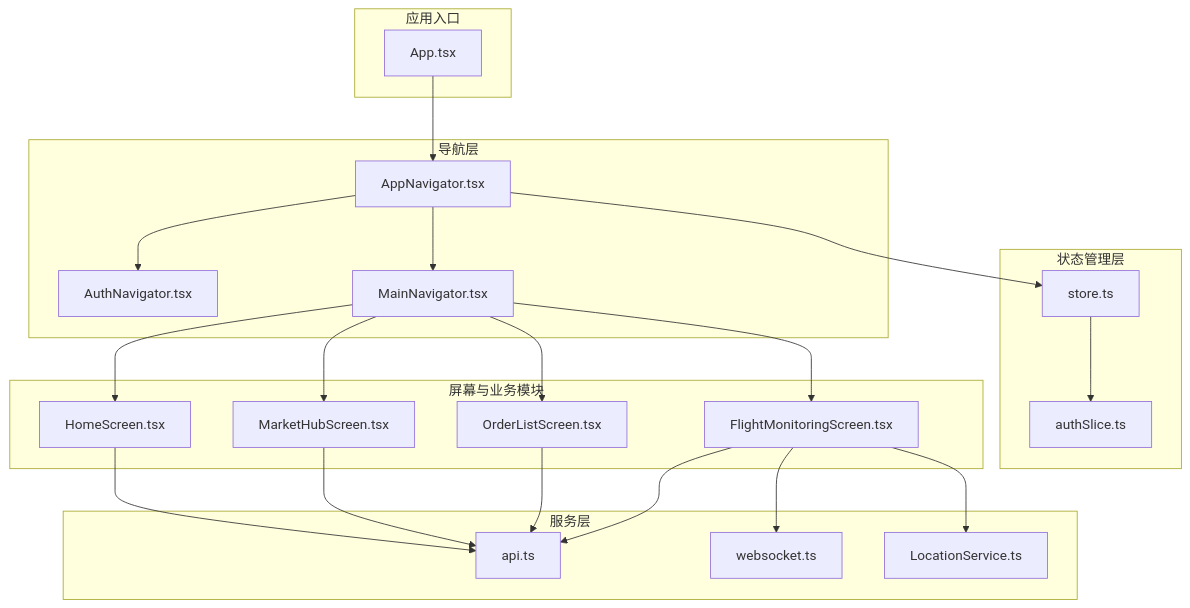
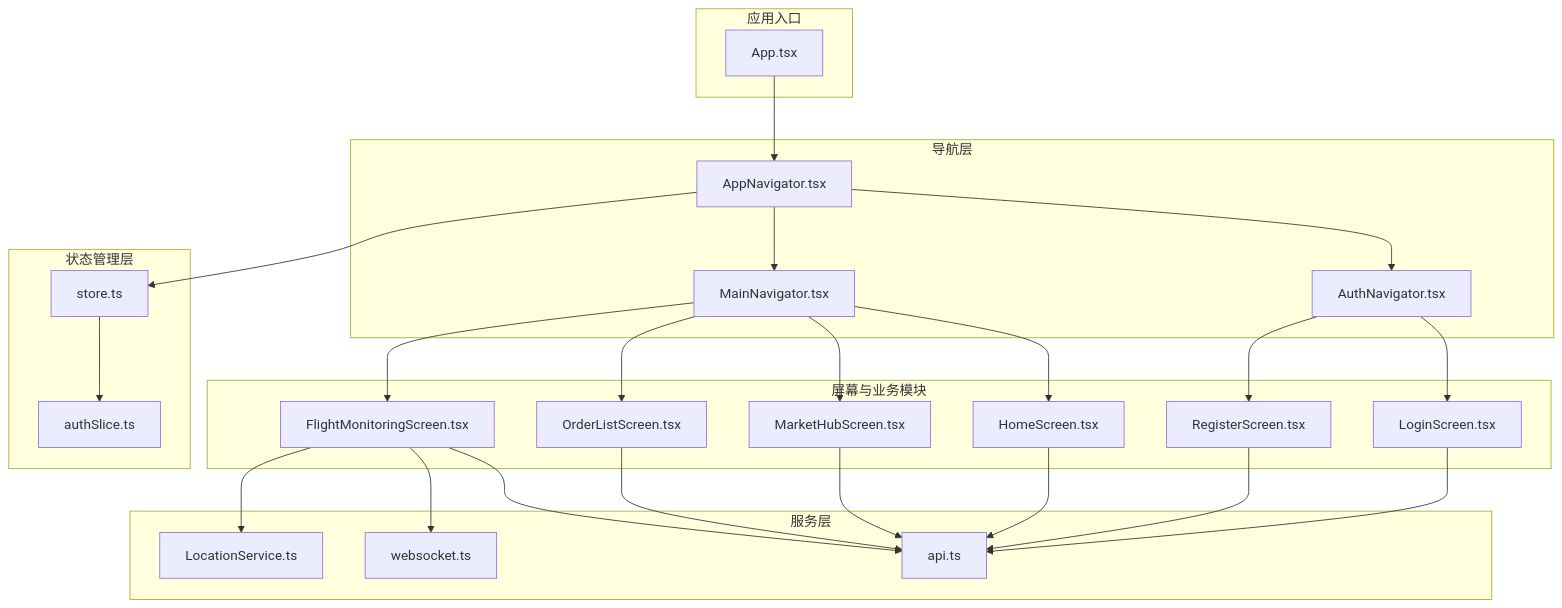
The first of 8 diagrams in .qoder/repowiki/zh/content/移动端应用/移动端应用.md (yinsw-c2e/drone_Rental_platform_v1), drawn with Mermaid before and after one commit. The commit also changed other lines of this file and 11 other files, not shown here.

````diff
--- a/.qoder/repowiki/zh/content/移动端应用/移动端应用.md
+++ b/.qoder/repowiki/zh/content/移动端应用/移动端应用.md
@@ -40,41 +63,47 @@
 ```mermaid
 graph TB
 subgraph "应用入口"
 A_App["App.tsx"]
 end
 subgraph "导航层"
 N_AppNav["AppNavigator.tsx"]
 N_AuthNav["AuthNavigator.tsx"]
 N_MainNav["MainNavigator.tsx"]
 end
 subgraph "状态管理层"
 S_Store["store.ts"]
 S_AuthSlice["authSlice.ts"]
 end
 subgraph "服务层"
 SVC_API["api.ts"]
 SVC_WS["websocket.ts"]
 SVC_LOC["LocationService.ts"]
 end
 subgraph "屏幕与业务模块"
 SCR_Home["HomeScreen.tsx"]
 SCR_Market["MarketHubScreen.tsx"]
 SCR_Order["OrderListScreen.tsx"]
 SCR_Flight["FlightMonitoringScreen.tsx"]
+SCR_Login["LoginScreen.tsx"]
+SCR_Register["RegisterScreen.tsx"]
 end
 A_App --> N_AppNav
 N_AppNav --> N_AuthNav
 N_AppNav --> N_MainNav
 N_MainNav --> SCR_Home
 N_MainNav --> SCR_Market
 N_MainNav --> SCR_Order
 N_MainNav --> SCR_Flight
+N_AuthNav --> SCR_Login
+N_AuthNav --> SCR_Register
 N_AppNav --> S_Store
 S_Store --> S_AuthSlice
 SCR_Home --> SVC_API
 SCR_Market --> SVC_API
 SCR_Order --> SVC_API
 SCR_Flight --> SVC_API
 SCR_Flight --> SVC_WS
 SCR_Flight --> SVC_LOC
+SCR_Login --> SVC_API
+SCR_Register --> SVC_API
 ```
````
